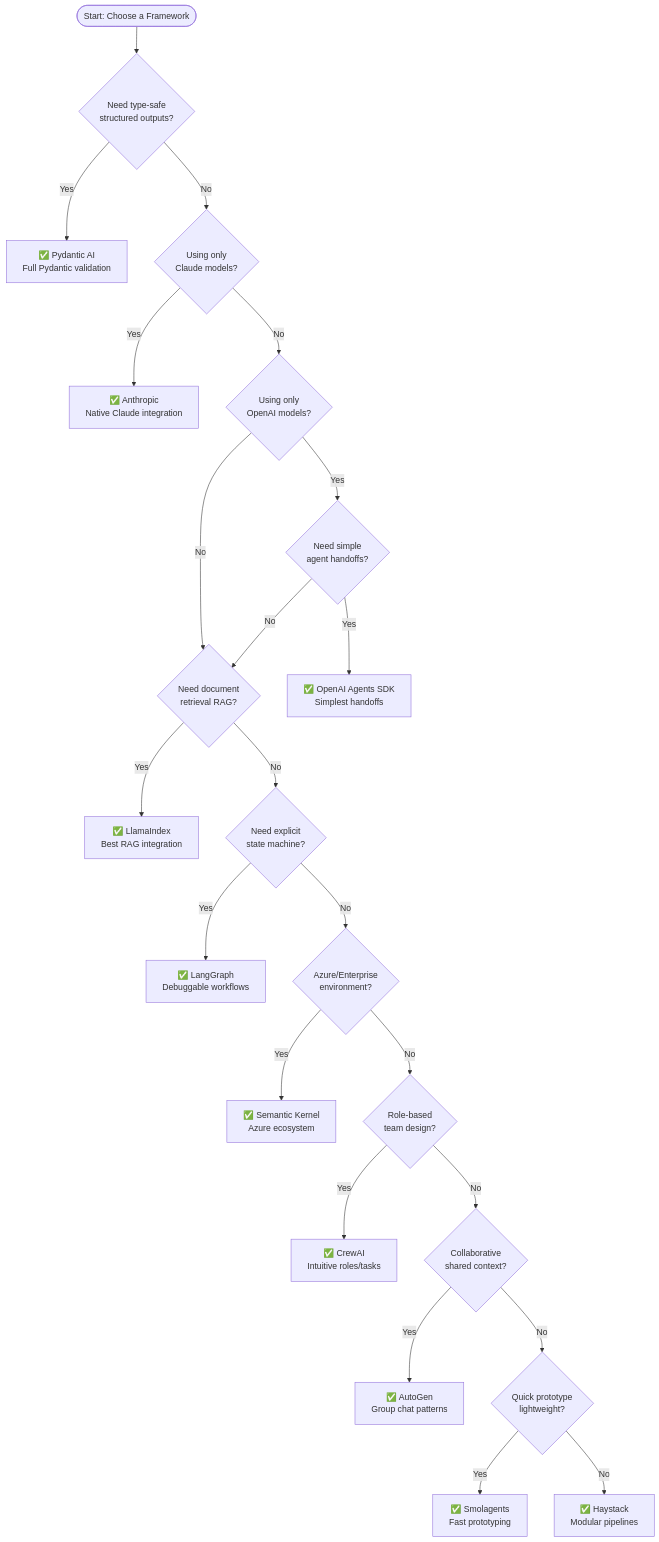
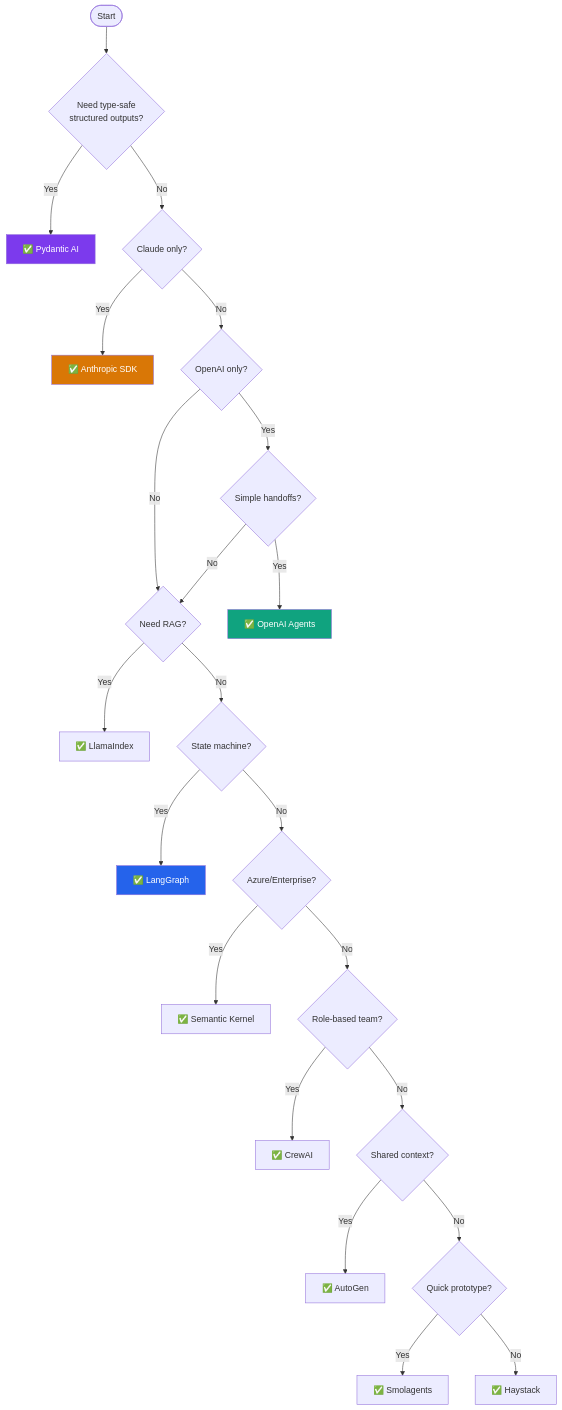
One commit to srepho/dory changed the diagram in blog_post.md. Above: the diagram before and after it, drawn with Mermaid. The commit also changed other lines of this file and 1 other file, not shown here.

First line of the commit message:
Add README and improve decision flowchart visualizations

````diff
--- a/blog_post.md
+++ b/blog_post.md
@@ -420,34 +434,39 @@
 ```mermaid
 flowchart TD
-    START([Start: Choose a Framework]) --> Q1{Need type-safe<br/>structured outputs?}
+    START([Start]) --> Q1{Need type-safe<br/>structured outputs?}
 
-    Q1 -->|Yes| PYDANTIC[✅ Pydantic AI<br/>Full Pydantic validation]
-    Q1 -->|No| Q2{Using only<br/>Claude models?}
+    Q1 -->|Yes| PYDANTIC[✅ Pydantic AI]
+    Q1 -->|No| Q2{Claude only?}
 
-    Q2 -->|Yes| ANTHROPIC[✅ Anthropic<br/>Native Claude integration]
-    Q2 -->|No| Q3{Using only<br/>OpenAI models?}
+    Q2 -->|Yes| ANTHROPIC[✅ Anthropic SDK]
+    Q2 -->|No| Q3{OpenAI only?}
 
-    Q3 -->|Yes| Q4{Need simple<br/>agent handoffs?}
-    Q3 -->|No| Q5{Need document<br/>retrieval RAG?}
+    Q3 -->|Yes| Q4{Simple handoffs?}
+    Q3 -->|No| Q5{Need RAG?}
 
-    Q4 -->|Yes| OPENAI[✅ OpenAI Agents SDK<br/>Simplest handoffs]
+    Q4 -->|Yes| OPENAI[✅ OpenAI Agents]
     Q4 -->|No| Q5
 
-    Q5 -->|Yes| LLAMAINDEX[✅ LlamaIndex<br/>Best RAG integration]
-    Q5 -->|No| Q6{Need explicit<br/>state machine?}
+    Q5 -->|Yes| LLAMAINDEX[✅ LlamaIndex]
+    Q5 -->|No| Q6{State machine?}
 
-    Q6 -->|Yes| LANGGRAPH[✅ LangGraph<br/>Debuggable workflows]
-    Q6 -->|No| Q7{Azure/Enterprise<br/>environment?}
+    Q6 -->|Yes| LANGGRAPH[✅ LangGraph]
+    Q6 -->|No| Q7{Azure/Enterprise?}
 
-    Q7 -->|Yes| SEMANTIC[✅ Semantic Kernel<br/>Azure ecosystem]
-    Q7 -->|No| Q8{Role-based<br/>team design?}
+    Q7 -->|Yes| SEMANTIC[✅ Semantic Kernel]
+    Q7 -->|No| Q8{Role-based team?}
 
-    Q8 -->|Yes| CREWAI[✅ CrewAI<br/>Intuitive roles/tasks]
-    Q8 -->|No| Q9{Collaborative<br/>shared context?}
+    Q8 -->|Yes| CREWAI[✅ CrewAI]
+    Q8 -->|No| Q9{Shared context?}
 
-    Q9 -->|Yes| AUTOGEN[✅ AutoGen<br/>Group chat patterns]
-    Q9 -->|No| Q10{Quick prototype<br/>lightweight?}
+    Q9 -->|Yes| AUTOGEN[✅ AutoGen]
+    Q9 -->|No| Q10{Quick prototype?}
 
-    Q10 -->|Yes| SMOLAGENTS[✅ Smolagents<br/>Fast prototyping]
-    Q10 -->|No| HAYSTACK[✅ Haystack<br/>Modular pipelines]
+    Q10 -->|Yes| SMOLAGENTS[✅ Smolagents]
+    Q10 -->|No| HAYSTACK[✅ Haystack]
+
+    style PYDANTIC fill:#7c3aed,color:#fff
+    style LANGGRAPH fill:#2563eb,color:#fff
+    style OPENAI fill:#10a37f,color:#fff
+    style ANTHROPIC fill:#d97706,color:#fff
 ```
````
